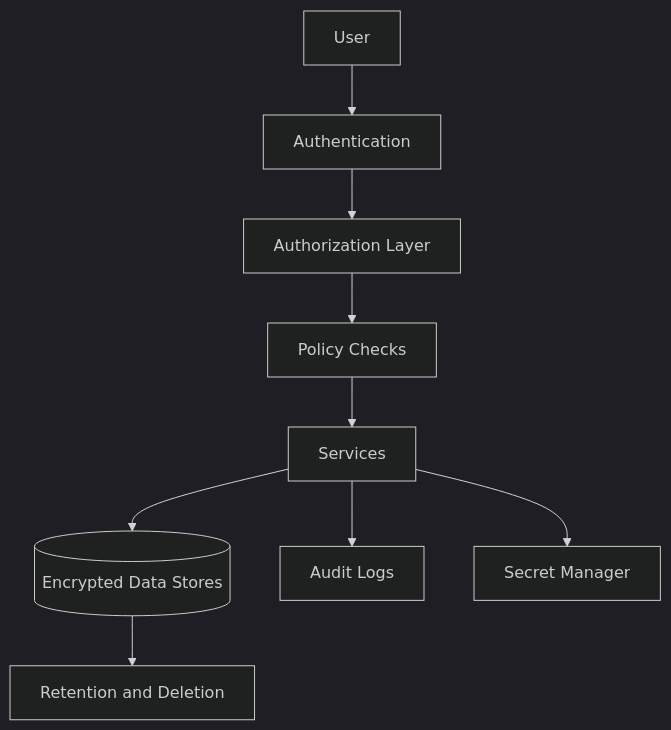
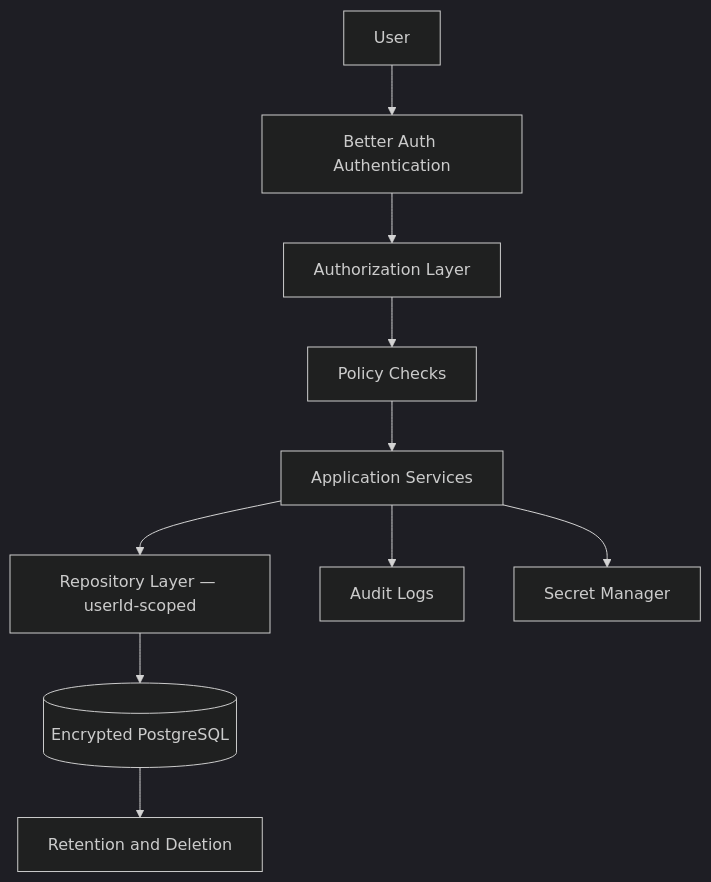
The diagram in docs/SECURITY_AND_COMPLIANCE.md (Mirzzie/Fadi), drawn with Mermaid (dark theme) before and after one commit. The commit also changed other lines of this file and 65 other files, not shown here.

First line of the commit message:
docs: update architecture docs for Better Auth, Kai, and data sources

````diff
--- a/docs/SECURITY_AND_COMPLIANCE.md
+++ b/docs/SECURITY_AND_COMPLIANCE.md
@@ -23,11 +24,12 @@
 ```mermaid
 flowchart TD
-    User[User] --> Auth[Authentication]
+    User[User] --> Auth[Better Auth Authentication]
     Auth --> API[Authorization Layer]
     API --> Policy[Policy Checks]
-    Policy --> Services[Services]
-    Services --> Data[(Encrypted Data Stores)]
+    Policy --> Services[Application Services]
+    Services --> Repos[Repository Layer — userId-scoped]
+    Repos --> Data[(Encrypted PostgreSQL)]
     Services --> Audit[Audit Logs]
     Services --> Secrets[Secret Manager]
     Data --> Retention[Retention and Deletion]
 ```
````
